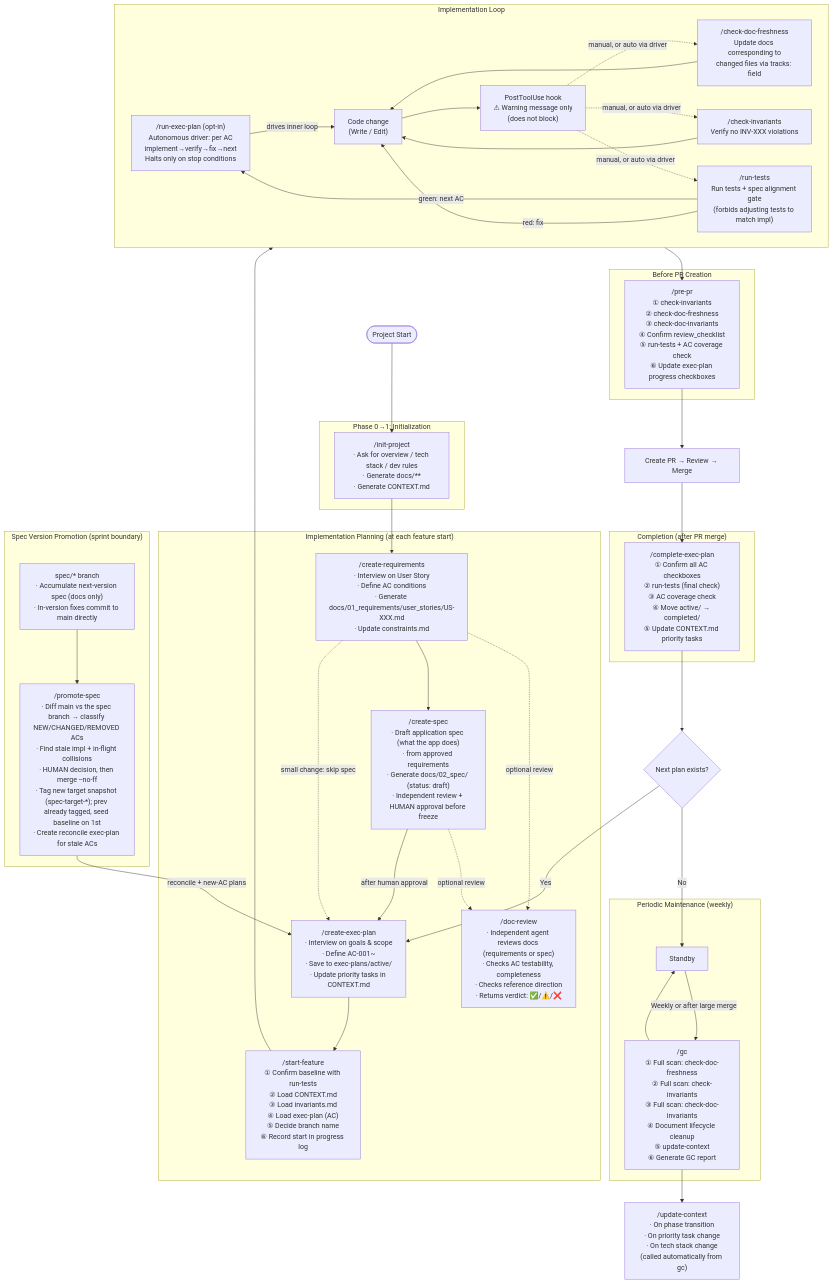
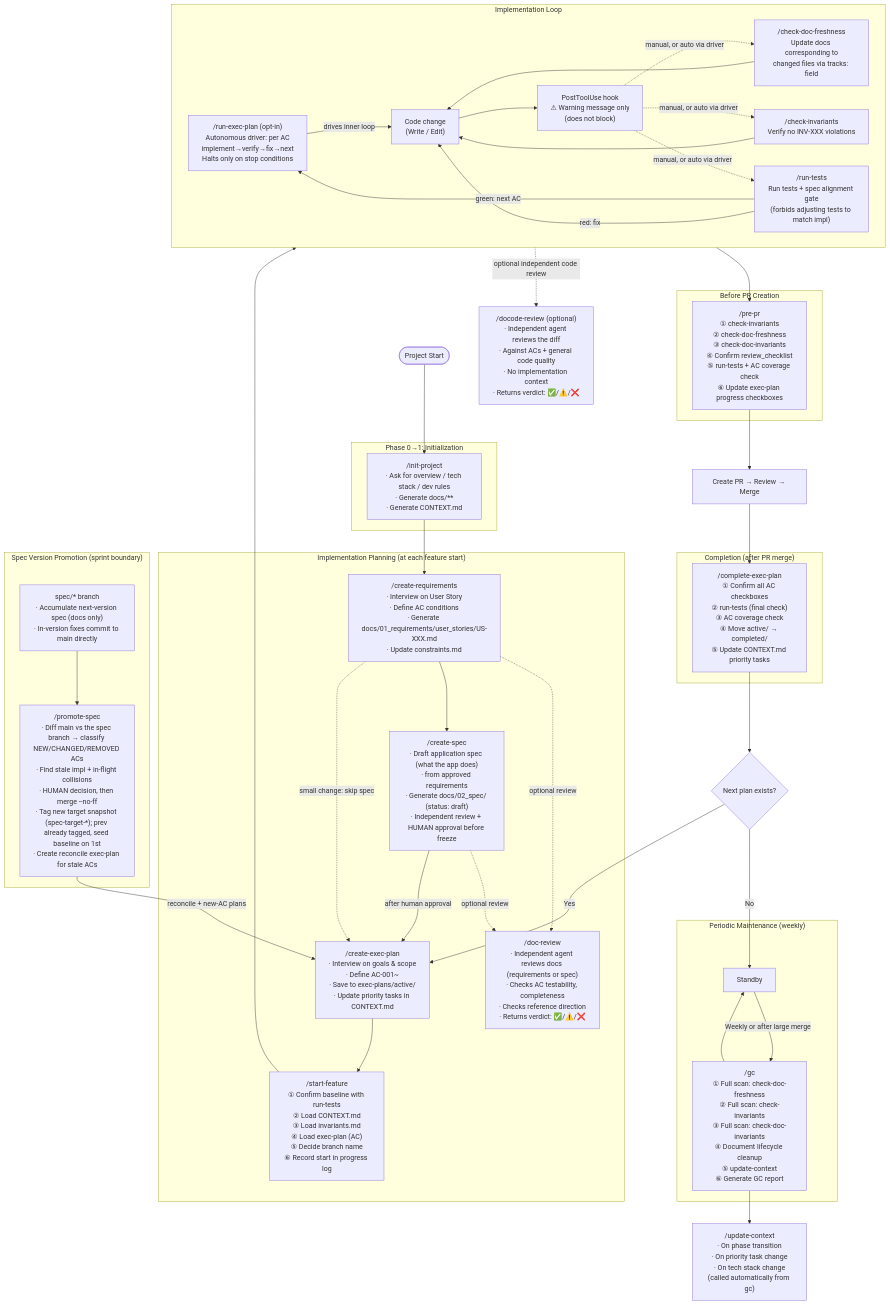
Before and after one commit to aki-senri/DocDDTemplate: the first of 2 diagrams in SKILL_FLOW.md, drawn with Mermaid. The commit also changed other lines of this file, not shown here.

First line of the commit message:
docs: SKILL_FLOW の2つの抜けを補完（create-spec の §4 反映漏れ・docode-review 欠落）

```diff
--- a/SKILL_FLOW.md
+++ b/SKILL_FLOW.md
@@ -54,6 +54,8 @@
     end
 
     IMPL --> PREPR
+    IMPL -.->|optional independent code review| DCR
+    DCR["/docode-review (optional)\n· Independent agent reviews the diff\n· Against ACs + general code quality\n· No implementation context\n· Returns verdict: ✅/⚠️/❌"]
 
     subgraph PREPR_PHASE["Before PR Creation"]
         PREPR["/pre-pr\n① check-invariants\n② check-doc-freshness\n③ check-doc-invariants\n④ Confirm review_checklist\n⑤ run-tests + AC coverage check\n⑥ Update exec-plan progress checkboxes"]
```
